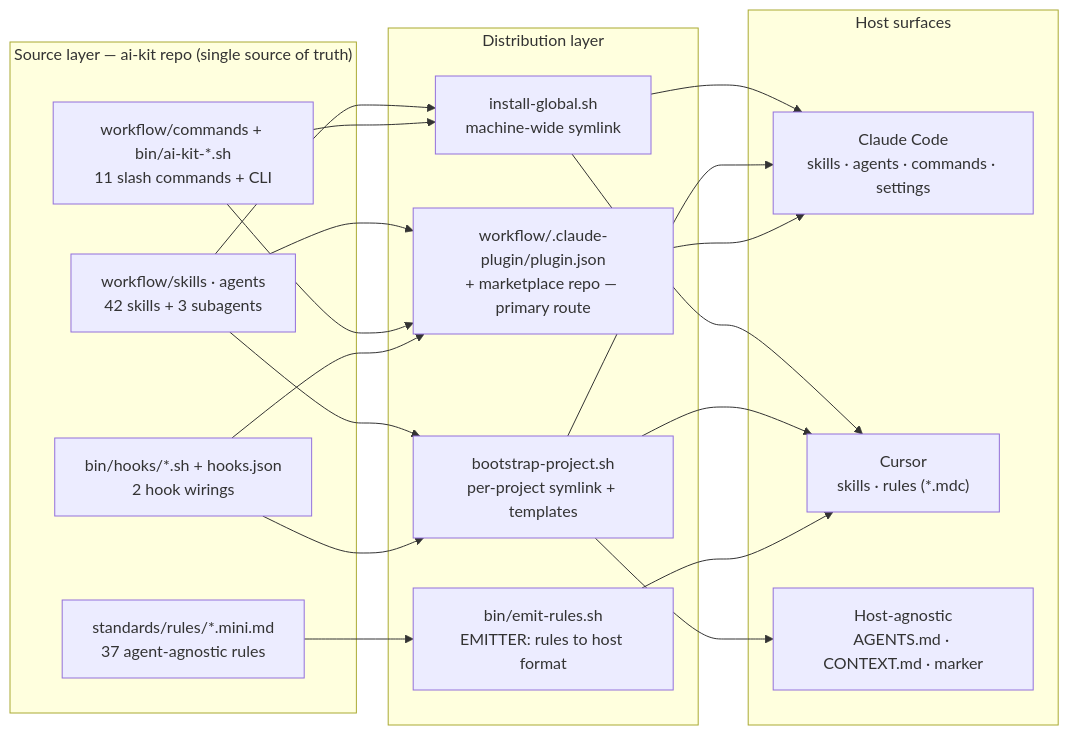
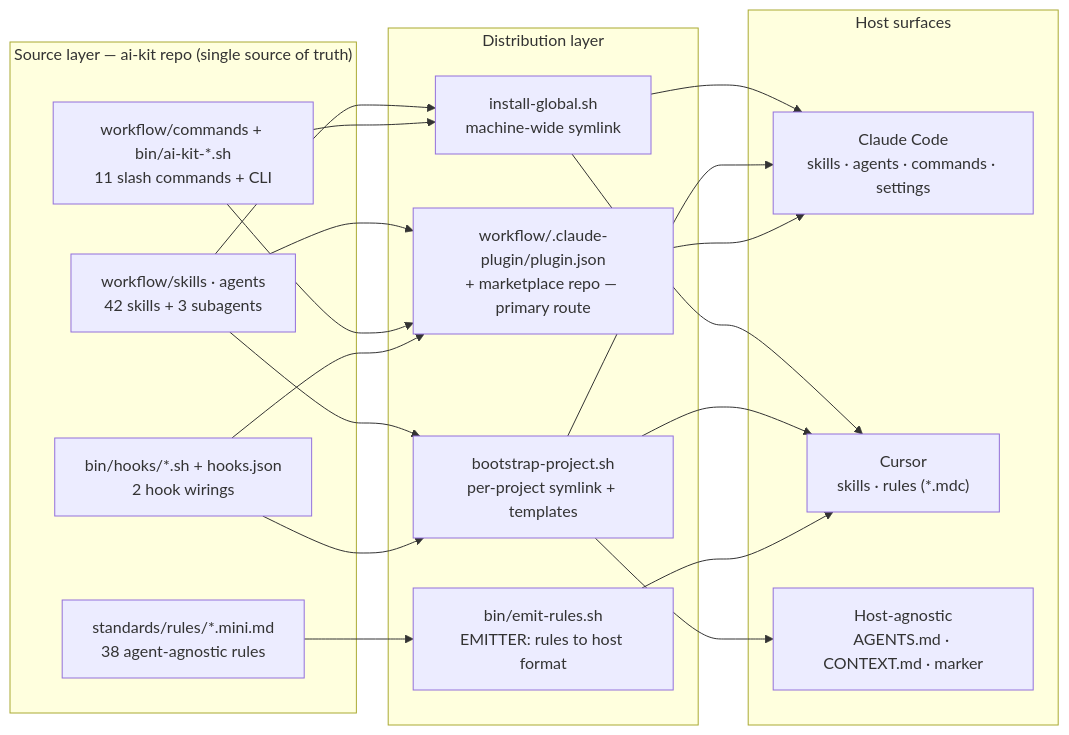
The first of 2 diagrams in docs/diagrams.md (yusufkaracaburun/ai-kit), drawn with Mermaid before and after one commit. The commit also changed 15 other files, not shown here.

````diff
--- a/docs/diagrams.md
+++ b/docs/diagrams.md
@@ -10,32 +10,32 @@
 ```mermaid
 flowchart LR
   subgraph SRC["Source layer — ai-kit repo (single source of truth)"]
     SA["workflow/skills · agents<br/>42 skills + 3 subagents"]
     CB["workflow/commands + bin/ai-kit-*.sh<br/>11 slash commands + CLI"]
     H["bin/hooks/*.sh + hooks.json<br/>2 hook wirings"]
-    R["standards/rules/*.mini.md<br/>37 agent-agnostic rules"]
+    R["standards/rules/*.mini.md<br/>38 agent-agnostic rules"]
   end
 
   subgraph DIST["Distribution layer"]
     IG["install-global.sh<br/>machine-wide symlink"]
     PL["workflow/.claude-plugin/plugin.json<br/>+ marketplace repo — primary route"]
     BP["bootstrap-project.sh<br/>per-project symlink + templates"]
     ER["bin/emit-rules.sh<br/>EMITTER: rules to host format"]
   end
 
   subgraph HOSTS["Host surfaces"]
     CC["Claude Code<br/>skills · agents · commands · settings"]
     CU["Cursor<br/>skills · rules (*.mdc)"]
     HA["Host-agnostic<br/>AGENTS.md · CONTEXT.md · marker"]
   end
 
   SA --> IG & BP & PL
   CB --> IG & PL
   H --> PL & BP
   R --> ER
 
   IG --> CC & CU
   BP --> CC & CU & HA
   PL --> CC
   ER --> CU
 ```
````
